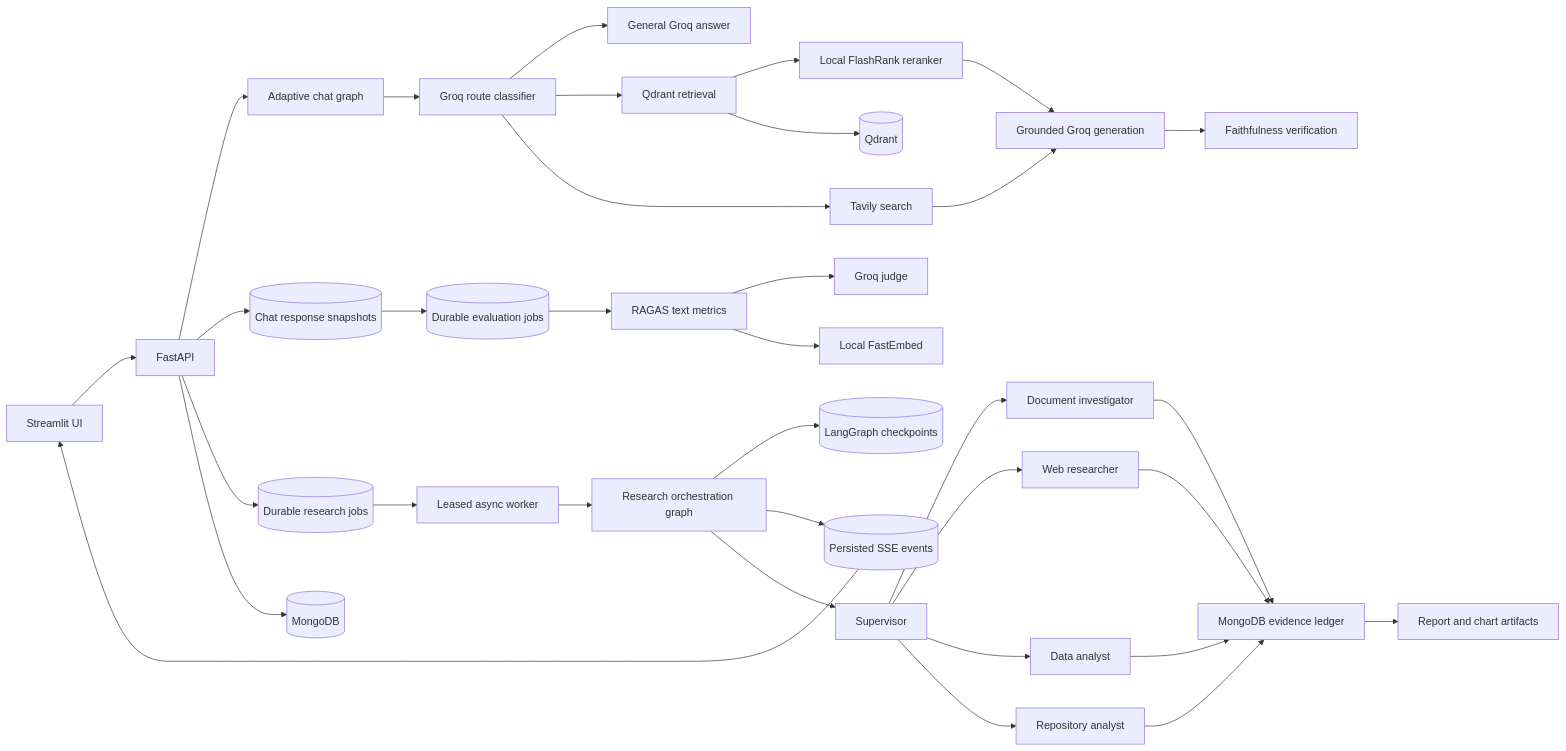
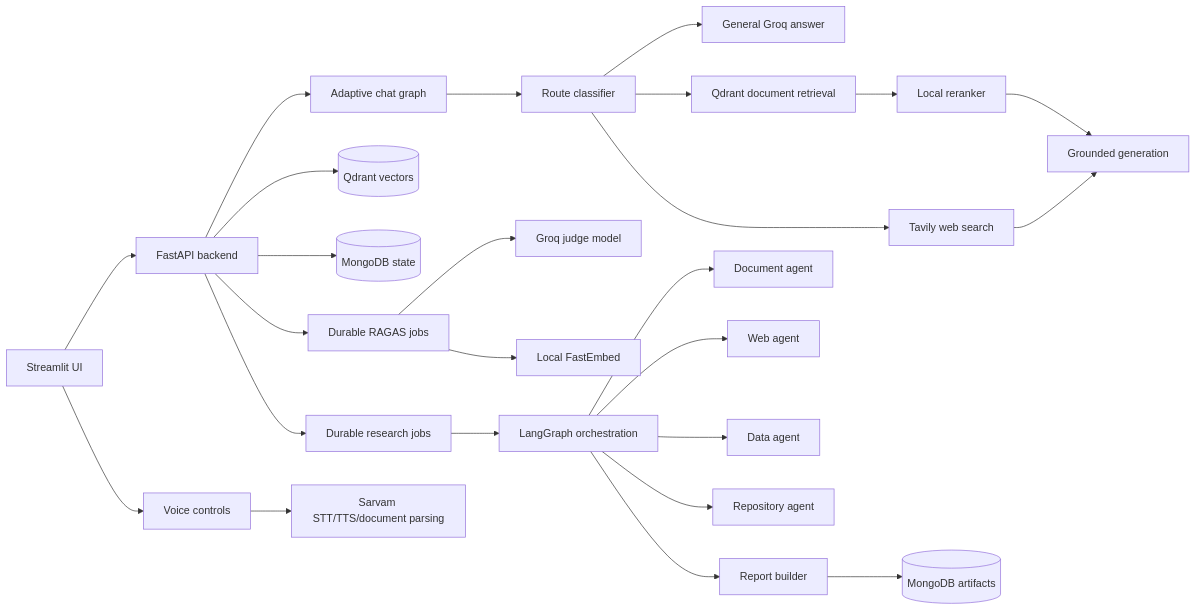
Before and after one commit to DeveshJha-00/multi-agent-research-workspace: the diagram in README.md, drawn with Mermaid. The commit also changed other lines of this file and 2 other files, not shown here.

````diff
--- a/README.md
+++ b/README.md
@@ -129,40 +80,32 @@
 ```mermaid
 flowchart LR
-    UI[Streamlit UI] --> API[FastAPI]
+    UI[Streamlit UI] --> API[FastAPI backend]
 
     API --> CHAT[Adaptive chat graph]
-    CHAT --> CLASSIFY[Groq route classifier]
-    CLASSIFY --> GENERAL[General Groq answer]
-    CLASSIFY --> RAG[Qdrant retrieval]
-    CLASSIFY --> WEB[Tavily search]
-    RAG --> RERANK[Local FlashRank reranker]
-    RERANK --> GENERATE[Grounded Groq generation]
-    WEB --> GENERATE
-    GENERATE --> VERIFY[Faithfulness verification]
+    CHAT --> ROUTER[Route classifier]
+    ROUTER --> GENERAL[General Groq answer]
+    ROUTER --> INDEX[Qdrant document retrieval]
+    ROUTER --> WEB[Tavily web search]
+    INDEX --> RERANK[Local reranker]
+    RERANK --> ANSWER[Grounded generation]
+    WEB --> ANSWER
 
-    API --> SNAPSHOTS[(Chat response snapshots)]
-    SNAPSHOTS --> EVALJOBS[(Durable evaluation jobs)]
-    EVALJOBS --> RAGAS[RAGAS text metrics]
-    RAGAS --> GROQJUDGE[Groq judge]
-    RAGAS --> FASTEMBED[Local FastEmbed]
+    API --> QDRANT[(Qdrant vectors)]
+    API --> MONGO[(MongoDB state)]
 
-    API --> JOBS[(Durable research jobs)]
-    JOBS --> WORKER[Leased async worker]
-    WORKER --> RESEARCH[Research orchestration graph]
-    RESEARCH --> CHECKPOINTS[(LangGraph checkpoints)]
-    RESEARCH --> EVENTS[(Persisted SSE events)]
-    EVENTS --> UI
-    RESEARCH --> SUPERVISOR[Supervisor]
-    SUPERVISOR --> DOC[Document investigator]
-    SUPERVISOR --> WEBAGENT[Web researcher]
-    SUPERVISOR --> DATA[Data analyst]
-    SUPERVISOR --> REPO[Repository analyst]
-    DOC --> LEDGER[MongoDB evidence ledger]
-    WEBAGENT --> LEDGER
-    DATA --> LEDGER
-    REPO --> LEDGER
-    LEDGER --> REPORT[Report and chart artifacts]
+    API --> EVAL[Durable RAGAS jobs]
+    EVAL --> GROQJUDGE[Groq judge model]
+    EVAL --> FASTEMBED[Local FastEmbed]
 
-    RAG --> QDRANT[(Qdrant)]
-    API --> MONGO[(MongoDB)]
+    API --> JOBS[Durable research jobs]
+    JOBS --> GRAPH[LangGraph orchestration]
+    GRAPH --> DOC[Document agent]
+    GRAPH --> WEBAGENT[Web agent]
+    GRAPH --> DATA[Data agent]
+    GRAPH --> REPO[Repository agent]
+    GRAPH --> REPORT[Report builder]
+    REPORT --> ARTIFACTS[(MongoDB artifacts)]
+
+    UI --> SPEECH[Voice controls]
+    SPEECH --> SARVAM[Sarvam STT/TTS/document parsing]
 ```
````
